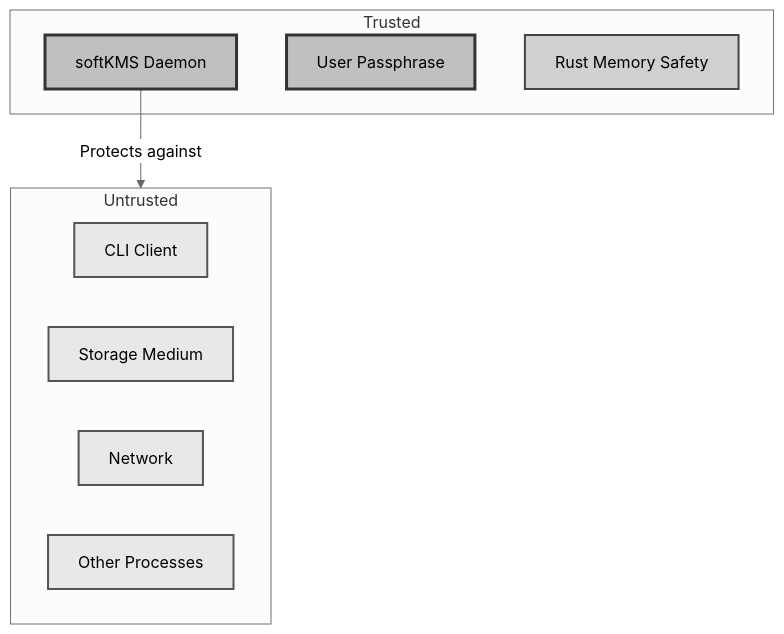
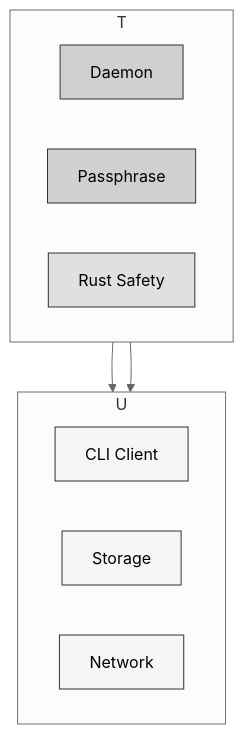
The ninth of 10 diagrams in docs/SECURITY_MODEL.md (ehanoc/softKMS), drawn with Mermaid (neutral theme) before and after one commit. The commit also changed other lines of this file and 8 other files, not shown here.

````diff
--- a/docs/SECURITY_MODEL.md
+++ b/docs/SECURITY_MODEL.md
@@ -380,25 +304,25 @@
 ```mermaid
 flowchart TB
-    subgraph Trusted["Trusted"]
-        T1[softKMS Daemon]
-        T2[User Passphrase]
-        T3[Rust Memory Safety]
+    T[Trusted] --> U[Untrusted]
+    
+    subgraph T
+        T1[Daemon]
+        T2[Passphrase]
+        T3[Rust Safety]
     end
     
-    subgraph Untrusted["Untrusted"]
+    subgraph U
         U1[CLI Client]
-        U2[Storage Medium]
+        U2[Storage]
         U3[Network]
-        U4[Other Processes]
     end
     
-    T1 -->|"Protects against"| Untrusted
+    T --> U
     
-    style T1 fill:#c0c0c0,stroke:#333,stroke-width:3px
-    style T2 fill:#c0c0c0,stroke:#333,stroke-width:3px
-    style T3 fill:#d0d0d0,stroke:#444,stroke-width:2px
-    style U1 fill:#e8e8e8,stroke:#555,stroke-width:2px
-    style U2 fill:#e8e8e8,stroke:#555,stroke-width:2px
-    style U3 fill:#e8e8e8,stroke:#555,stroke-width:2px
-    style U4 fill:#e8e8e8,stroke:#555,stroke-width:2px
+    style T1 fill:#d0d0d0,stroke:#333
+    style T2 fill:#d0d0d0,stroke:#333
+    style T3 fill:#e0e0e0,stroke:#333
+    style U1 fill:#f5f5f5,stroke:#333
+    style U2 fill:#f5f5f5,stroke:#333
+    style U3 fill:#f5f5f5,stroke:#333
 ```
````
